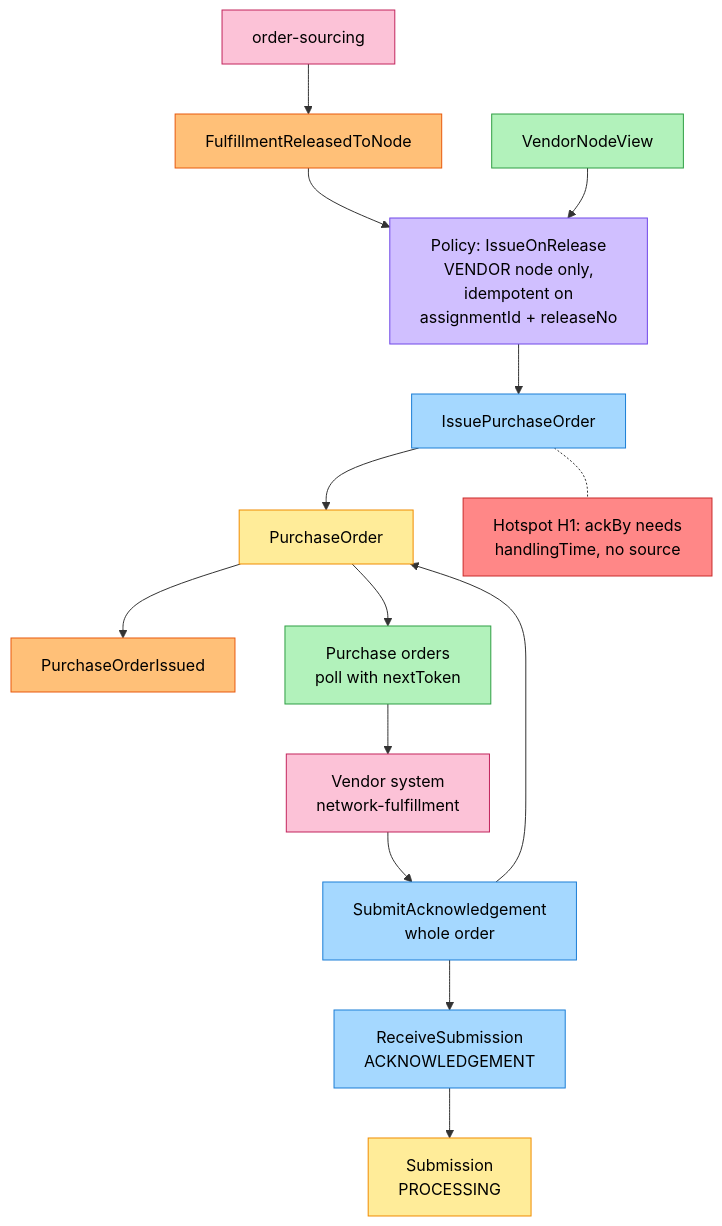
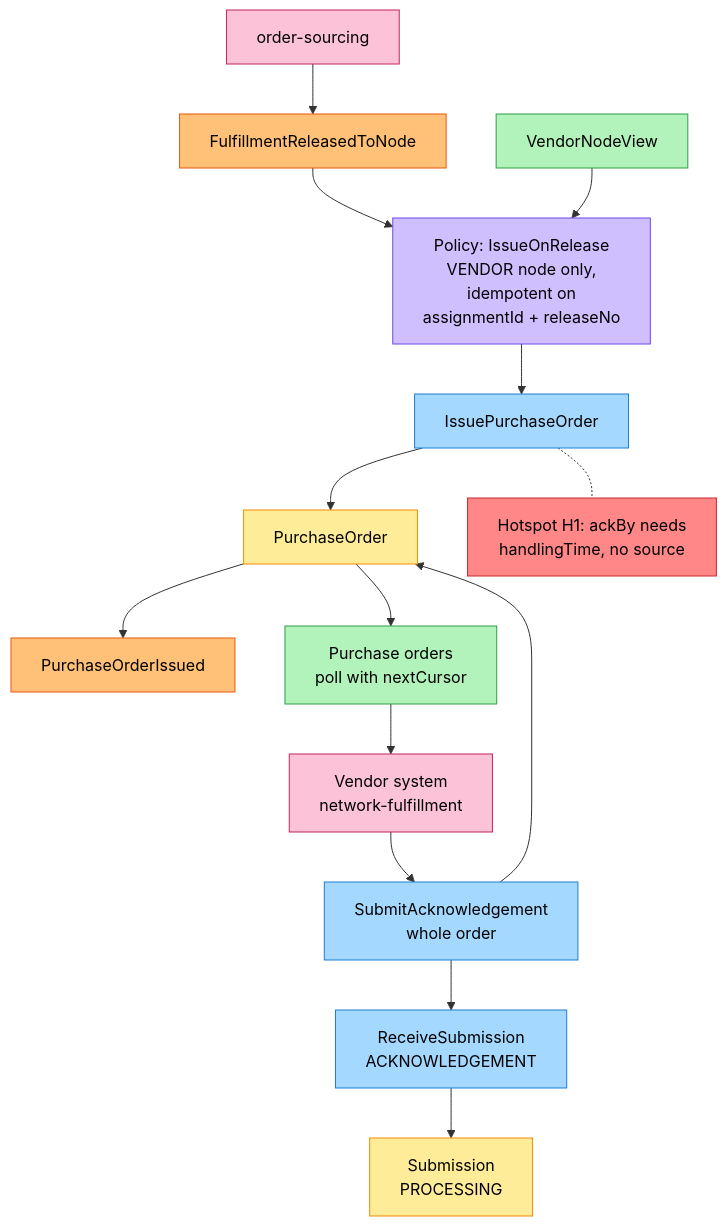
One commit to IQVO/warehouse-docs changed the second of 6 diagrams in network/docs/contexts/vendor-connectivity/eventstorming.md. Above: the diagram before and after it, drawn with Mermaid. The commit also changed 272 other files, not shown here.

First line of the commit message:
docs: replace retired REST routes and vocabulary in hand-written pages (:verb routes, nextToken, X-Action-Id)

````diff
--- a/network/docs/contexts/vendor-connectivity/eventstorming.md
+++ b/network/docs/contexts/vendor-connectivity/eventstorming.md
@@ -60,31 +60,31 @@
 ```mermaid
 flowchart TB
     OS["order-sourcing"]:::external
     E0["FulfillmentReleasedToNode"]:::event
     P1["Policy: IssueOnRelease<br/>VENDOR node only,<br/>idempotent on<br/>assignmentId + releaseNo"]:::policy
     R1["VendorNodeView"]:::readmodel
     C1["IssuePurchaseOrder"]:::command
     G1["PurchaseOrder"]:::aggregate
     E1["PurchaseOrderIssued"]:::event
     H1["Hotspot H1: ackBy needs<br/>handlingTime, no source"]:::hotspot
     V["Vendor system<br/>network-fulfillment"]:::external
-    R2["Purchase orders<br/>poll with nextToken"]:::readmodel
+    R2["Purchase orders<br/>poll with nextCursor"]:::readmodel
     C2["SubmitAcknowledgement<br/>whole order"]:::command
     C3["ReceiveSubmission<br/>ACKNOWLEDGEMENT"]:::command
     G2["Submission<br/>PROCESSING"]:::aggregate
     OS --> E0 --> P1
     R1 --> P1
     P1 --> C1 --> G1 --> E1
     C1 -.- H1
     G1 --> R2 --> V
     V --> C2 --> G1
     C2 --> C3 --> G2
     classDef actor fill:#fff59d,stroke:#b59f00,color:#000
     classDef command fill:#a5d8ff,stroke:#1c7ed6,color:#000
     classDef aggregate fill:#ffec99,stroke:#f08c00,color:#000
     classDef event fill:#ffc078,stroke:#e8590c,color:#000
     classDef policy fill:#d0bfff,stroke:#7048e8,color:#000
     classDef readmodel fill:#b2f2bb,stroke:#2f9e44,color:#000
     classDef external fill:#fcc2d7,stroke:#c2255c,color:#000
     classDef hotspot fill:#ff8787,stroke:#c92a2a,color:#000
 ```
````
